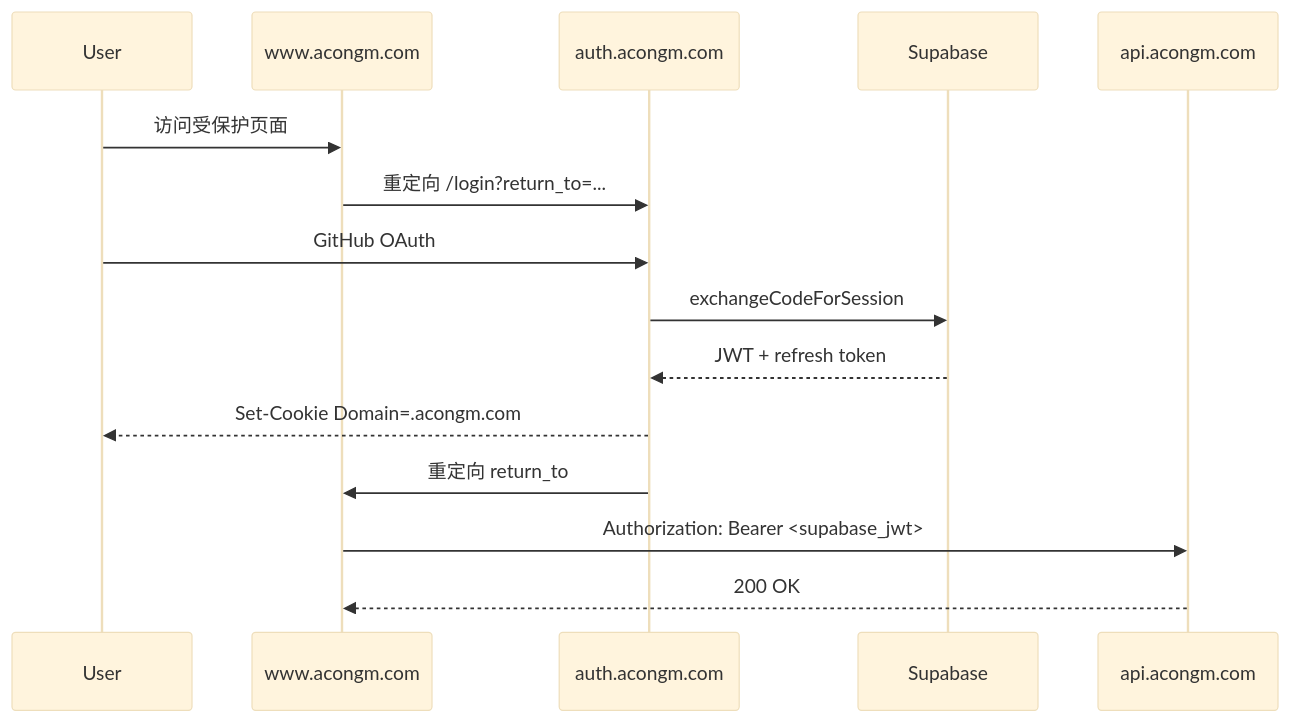
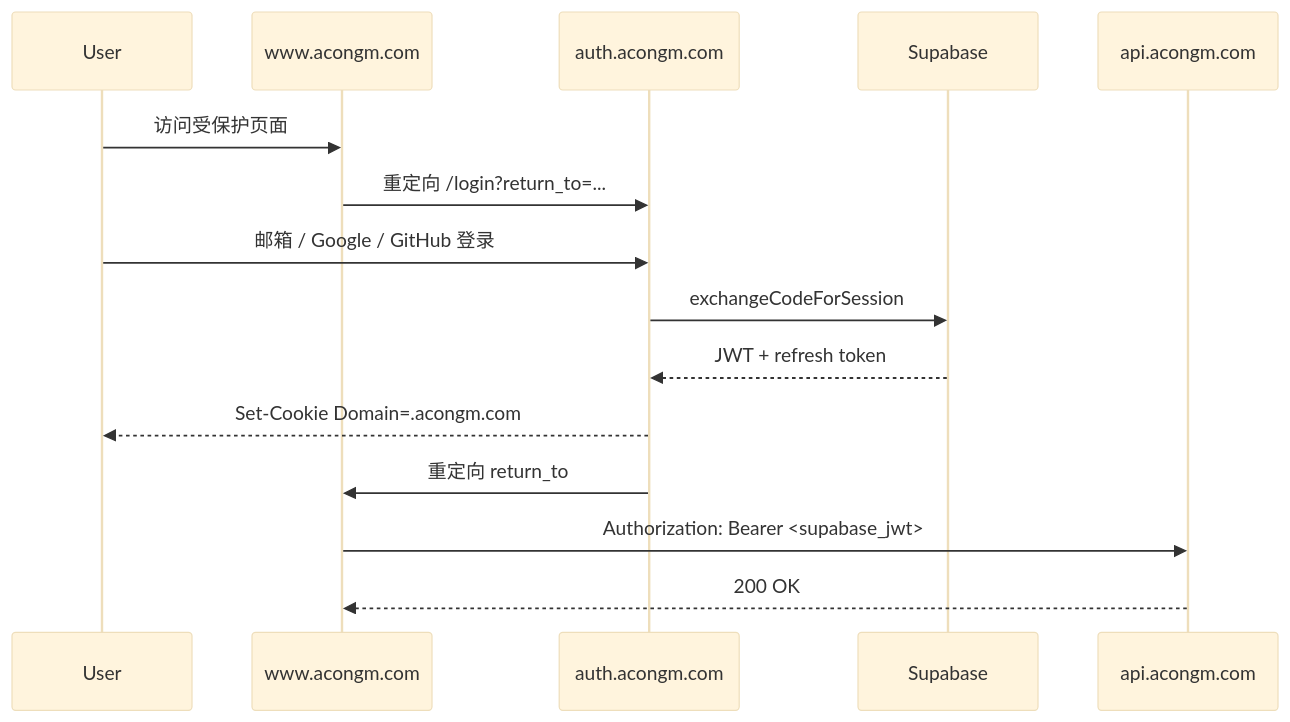
One commit to Acongm/auth changed the diagram in docs/oauth-setup.md. Above: the diagram before and after it, drawn with Mermaid (base theme). The commit also changed other lines of this file and 8 other files, not shown here.

First line of the commit message:
feat(auth): email/password plus Google and GitHub login

````diff
--- a/docs/oauth-setup.md
+++ b/docs/oauth-setup.md
@@ -7,18 +7,18 @@
 ```mermaid
 sequenceDiagram
   participant User
   participant Portal as www.acongm.com
   participant Auth as auth.acongm.com
   participant Supabase
   participant API as api.acongm.com
 
   User->>Portal: 访问受保护页面
   Portal->>Auth: 重定向 /login?return_to=...
-  User->>Auth: GitHub OAuth
+  User->>Auth: 邮箱 / Google / GitHub 登录
   Auth->>Supabase: exchangeCodeForSession
   Supabase-->>Auth: JWT + refresh token
   Auth-->>User: Set-Cookie Domain=.acongm.com
   Auth->>Portal: 重定向 return_to
   Portal->>API: Authorization: Bearer <supabase_jwt>
   API-->>Portal: 200 OK
 ```
````
